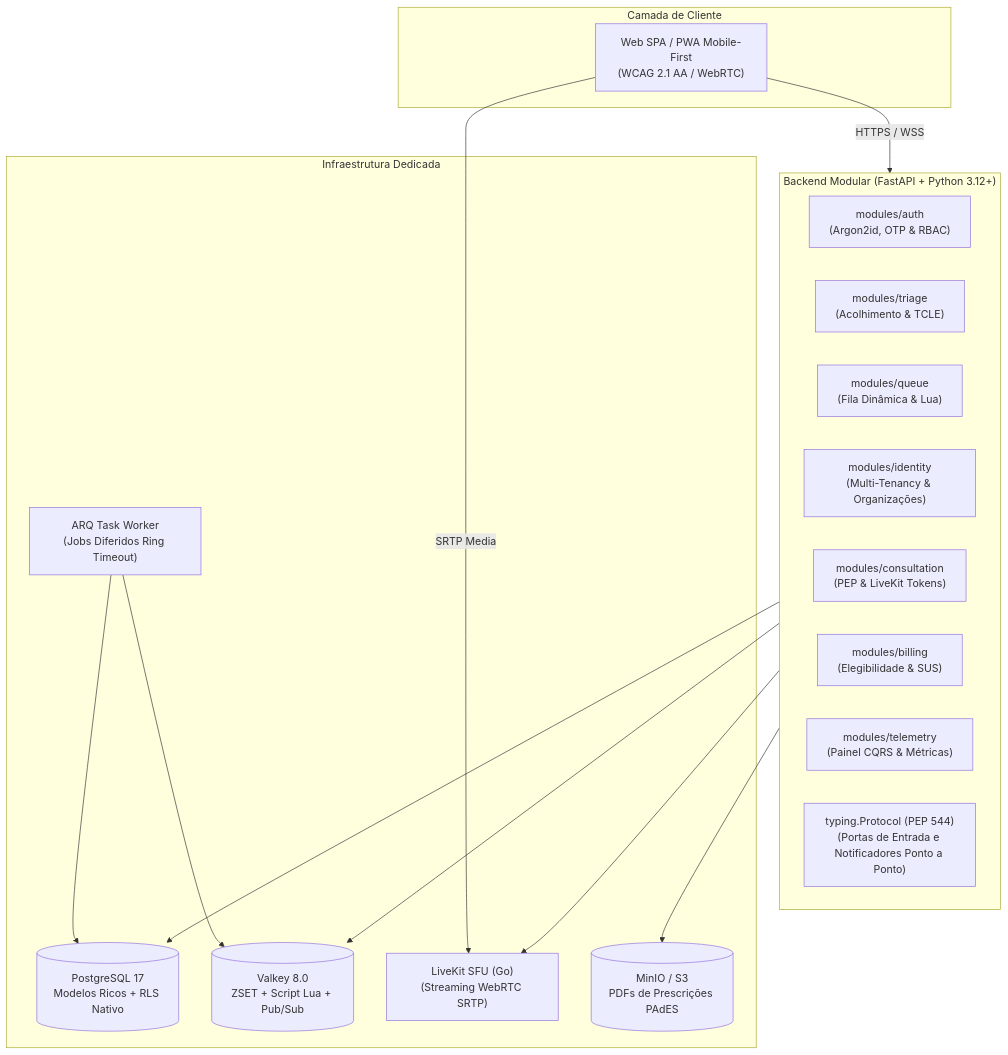
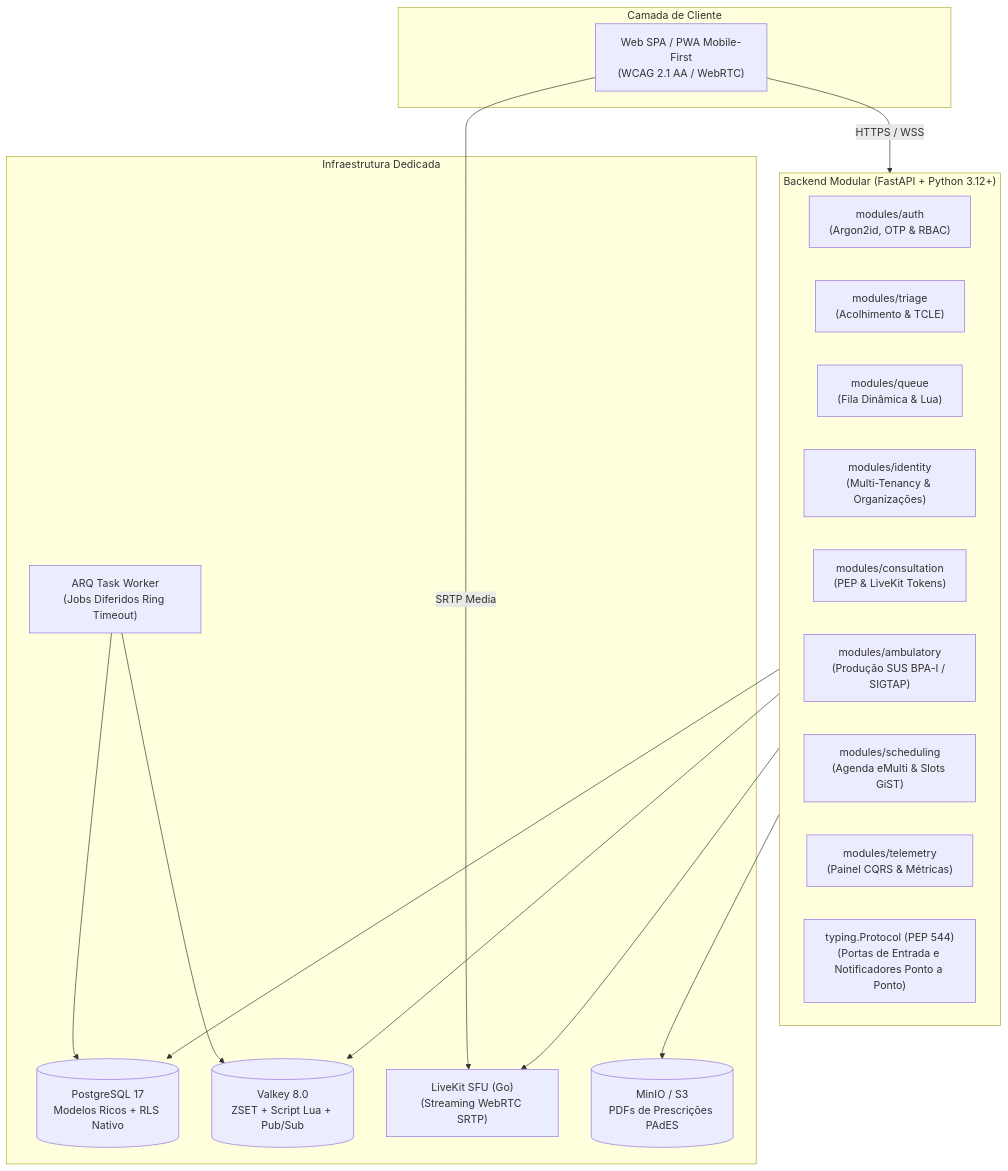
One commit to Rafaelp122/medisync changed the second of 2 diagrams in README.md. Above: the diagram before and after it, drawn with Mermaid. The commit also changed other lines of this file and 27 other files, not shown here.

````diff
--- a/README.md
+++ b/README.md
@@ -48,37 +48,38 @@
 ```mermaid
 flowchart TD
     subgraph Clients["Camada de Cliente"]
         Web["Web SPA / PWA Mobile-First<br/>(WCAG 2.1 AA / WebRTC)"]
     end
 
     subgraph CoreBackend["Backend Modular (FastAPI + Python 3.12+)"]
         Auth["modules/auth<br/>(Argon2id, OTP & RBAC)"]
         Triage["modules/triage<br/>(Acolhimento & TCLE)"]
         Queue["modules/queue<br/>(Fila Dinâmica & Lua)"]
         Identity["modules/identity<br/>(Multi-Tenancy & Organizações)"]
         Consultation["modules/consultation<br/>(PEP & LiveKit Tokens)"]
-        Billing["modules/billing<br/>(Elegibilidade & SUS)"]
+        Ambulatory["modules/ambulatory<br/>(Produção SUS BPA-I / SIGTAP)"]
+        Scheduling["modules/scheduling<br/>(Agenda eMulti & Slots GiST)"]
         Telemetry["modules/telemetry<br/>(Painel CQRS & Métricas)"]
 
         Protocols["typing.Protocol (PEP 544)<br/>(Portas de Entrada e Notificadores Ponto a Ponto)"]
     end
 
     subgraph Infra["Infraestrutura Dedicada"]
         Postgres[(PostgreSQL 17<br/>Modelos Ricos + RLS Nativo)]
         Valkey[(Valkey 8.0<br/>ZSET + Script Lua + Pub/Sub)]
         LiveKitSFU["LiveKit SFU (Go)<br/>(Streaming WebRTC SRTP)"]
         ARQWorker["ARQ Task Worker<br/>(Jobs Diferidos Ring Timeout)"]
         S3Storage[(MinIO / S3<br/>PDFs de Prescrições PAdES)]
     end
 
     Web -->|HTTPS / WSS| CoreBackend
     Web -->|SRTP Media| LiveKitSFU
 
     CoreBackend --> Postgres
     CoreBackend --> Valkey
     CoreBackend --> LiveKitSFU
     CoreBackend --> S3Storage
 
     ARQWorker --> Valkey
     ARQWorker --> Postgres
 ```
````
